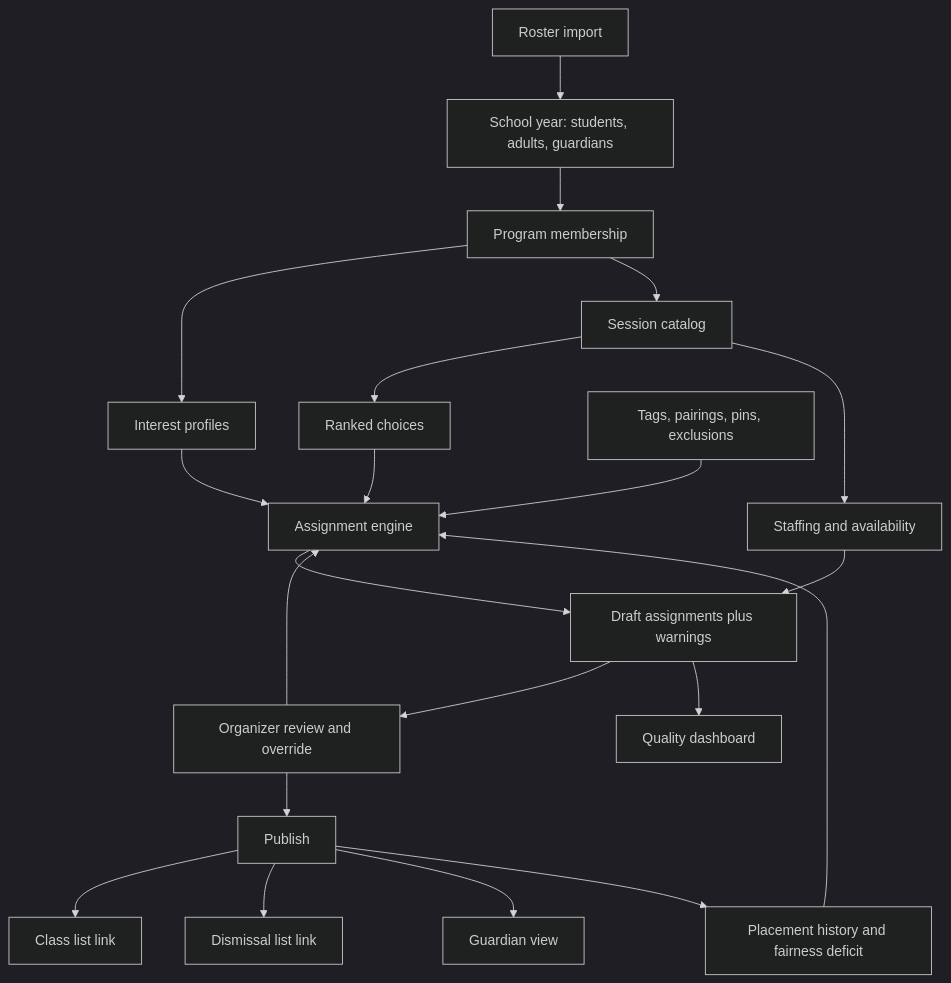
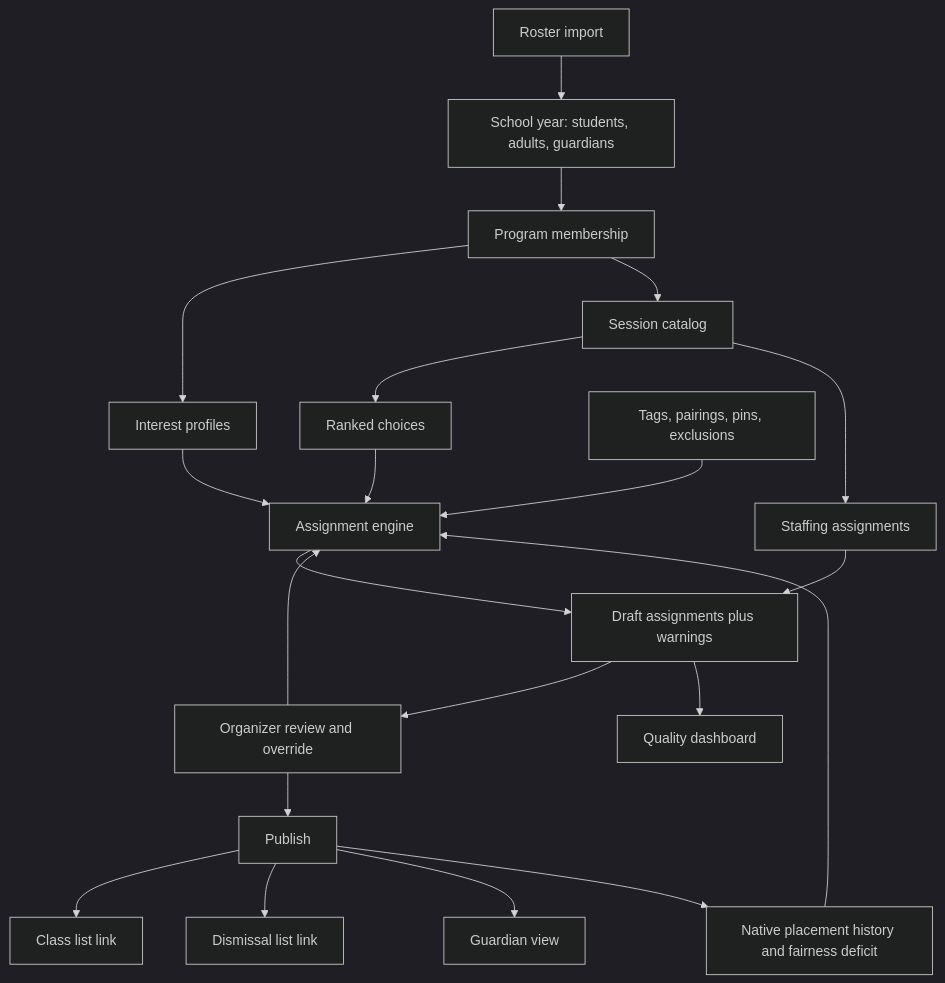
One commit to christophergm/miniclass changed the first of 3 diagrams in SPEC.md. Above: the diagram before and after it, drawn with Mermaid (dark theme). The commit also changed other lines of this file and 3 other files, not shown here.

````diff
--- a/SPEC.md
+++ b/SPEC.md
@@ -673,23 +667,23 @@
 ```mermaid
 flowchart TD
     IMP[Roster import] --> SY[School year: students, adults, guardians]
     SY --> PM[Program membership]
     PM --> IP[Interest profiles]
     PM --> CAT[Session catalog]
     CAT --> RC[Ranked choices]
-    CAT --> STF[Staffing and availability]
+    CAT --> STF[Staffing assignments]
     IP --> SOLVE[Assignment engine]
     RC --> SOLVE
     RULES[Tags, pairings, pins, exclusions] --> SOLVE
-    HIST[Placement history and fairness deficit] --> SOLVE
+    HIST[Native placement history and fairness deficit] --> SOLVE
     SOLVE --> DRAFT[Draft assignments plus warnings]
     DRAFT --> REVIEW[Organizer review and override]
     REVIEW --> SOLVE
     REVIEW --> PUB[Publish]
     PUB --> CL[Class list link]
     PUB --> DL[Dismissal list link]
     PUB --> HV[Guardian view]
     PUB --> HIST
     STF --> DRAFT
     DRAFT --> QR[Quality dashboard]
 ```
````
